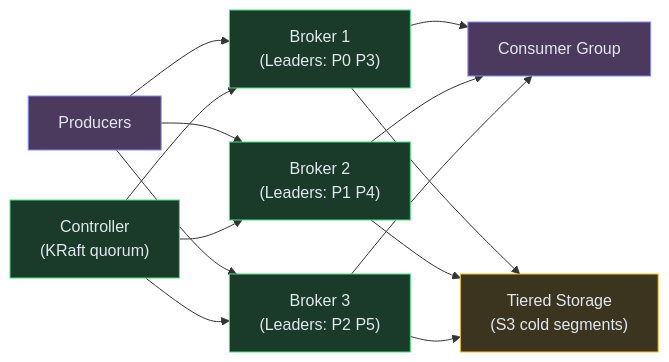
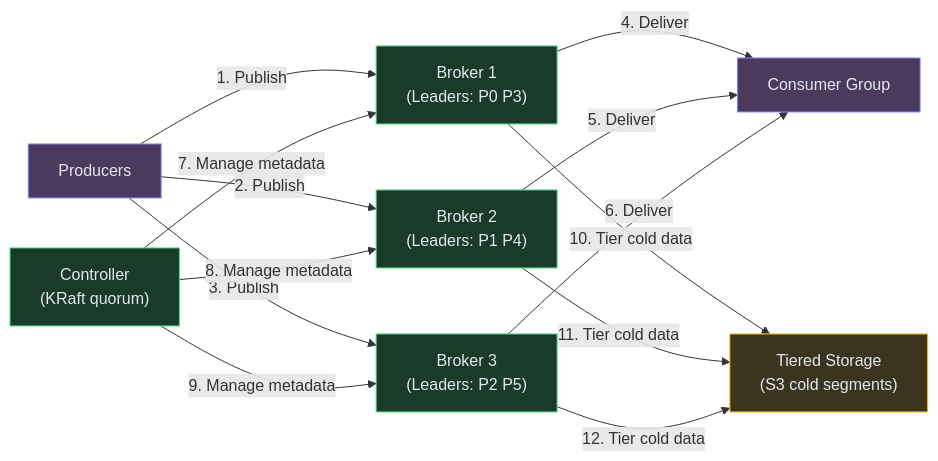
Before and after one commit to iluzn/HLD-Designs: the seventh of 7 diagrams in content/hld/MessageQueue.md, drawn with Mermaid. The commit also changed other lines of this file and 27 other files, not shown here.

````diff
--- a/content/hld/MessageQueue.md
+++ b/content/hld/MessageQueue.md
@@ -381,27 +381,27 @@
 ```mermaid
 flowchart LR
     PRODS["Producers"]:::client
     BROKER1["Broker 1<br/>(Leaders: P0 P3)"]:::service
     BROKER2["Broker 2<br/>(Leaders: P1 P4)"]:::service
     BROKER3["Broker 3<br/>(Leaders: P2 P5)"]:::service
     CTRL["Controller<br/>(KRaft quorum)"]:::service
     CONS["Consumer Group"]:::client
     S3["Tiered Storage<br/>(S3 cold segments)"]:::data
 
-    PRODS --> BROKER1
-    PRODS --> BROKER2
-    PRODS --> BROKER3
-    BROKER1 --> CONS
-    BROKER2 --> CONS
-    BROKER3 --> CONS
-    CTRL --> BROKER1
-    CTRL --> BROKER2
-    CTRL --> BROKER3
-    BROKER1 --> S3
-    BROKER2 --> S3
-    BROKER3 --> S3
+    PRODS -->|"1. Publish"| BROKER1
+    PRODS -->|"2. Publish"| BROKER2
+    PRODS -->|"3. Publish"| BROKER3
+    BROKER1 -->|"4. Deliver"| CONS
+    BROKER2 -->|"5. Deliver"| CONS
+    BROKER3 -->|"6. Deliver"| CONS
+    CTRL -->|"7. Manage metadata"| BROKER1
+    CTRL -->|"8. Manage metadata"| BROKER2
+    CTRL -->|"9. Manage metadata"| BROKER3
+    BROKER1 -->|"10. Tier cold data"| S3
+    BROKER2 -->|"11. Tier cold data"| S3
+    BROKER3 -->|"12. Tier cold data"| S3
 
     classDef client fill:#4c3a5e,stroke:#818cf8,color:#e2e8f0
     classDef service fill:#1a3a2a,stroke:#4ade80,color:#e2e8f0
     classDef data fill:#3b3520,stroke:#fbbf24,color:#e2e8f0
 ```
````
